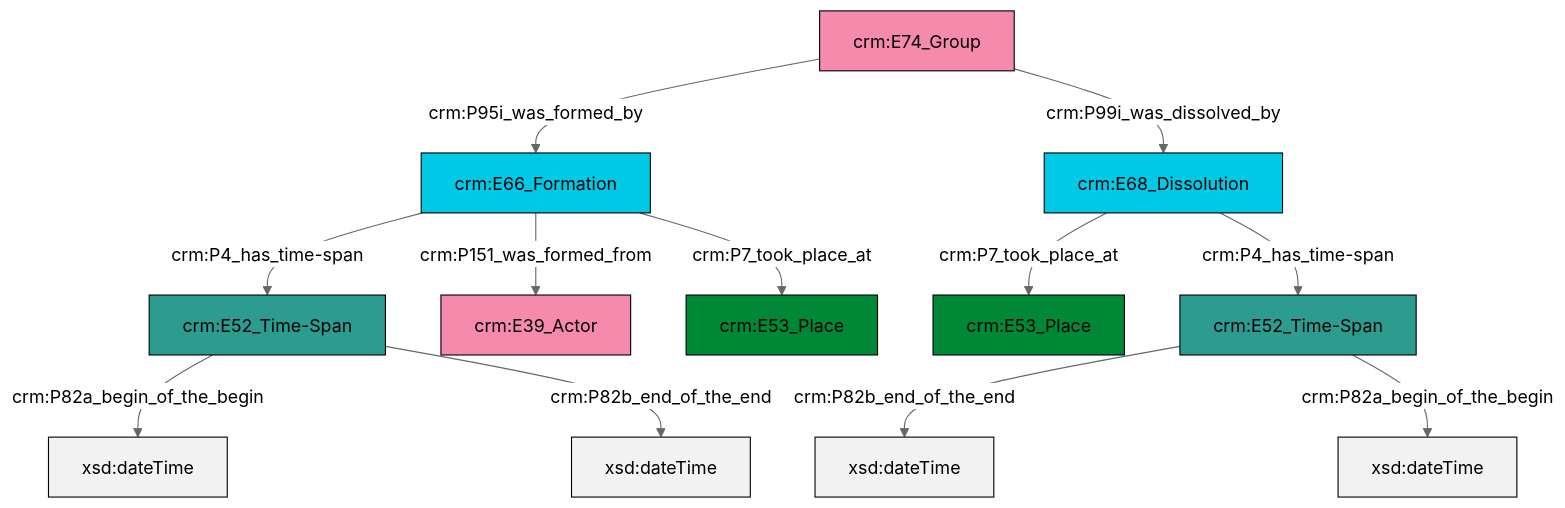
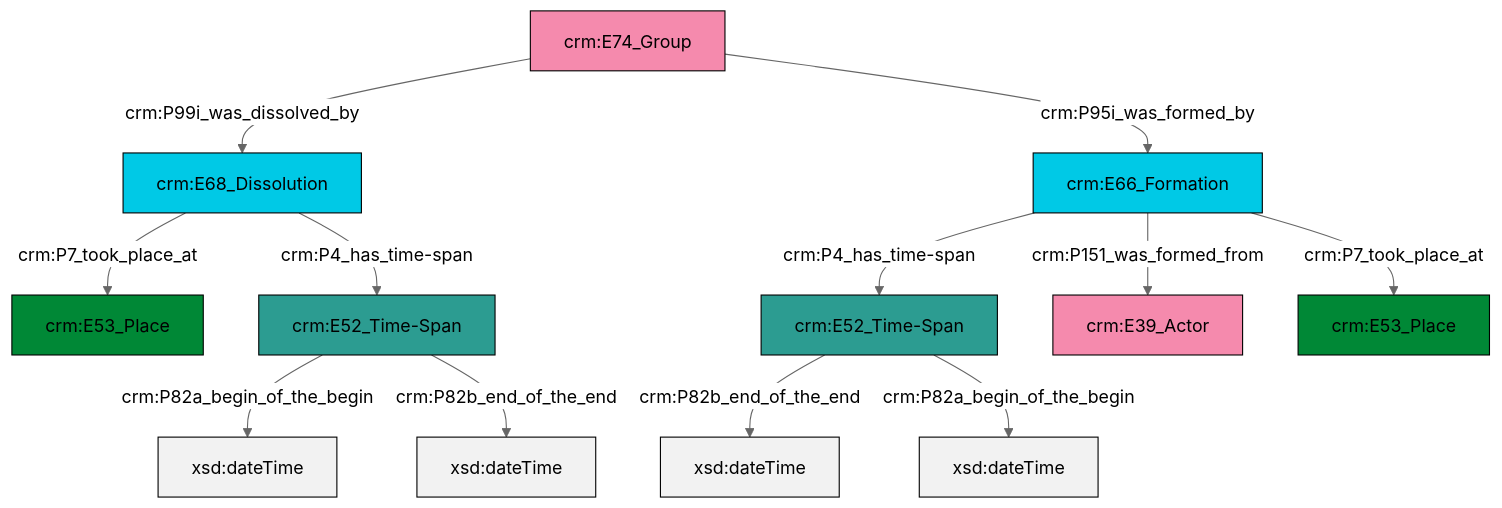
One commit to swiss-art-research-net/reference-data-models changed the diagram in et/groupCSV/ttl/mmd/group_existence.ttl.mmd. Above: the diagram before and after it, drawn with Mermaid (neutral theme). The commit also changed 125 other files, not shown here.

```diff
--- a/et/groupCSV/ttl/mmd/group_existence.ttl.mmd
+++ b/et/groupCSV/ttl/mmd/group_existence.ttl.mmd
@@ -1,26 +1,26 @@
 graph TD
 classDef Literal fill:#f2f2f2,stroke:#000000;
 classDef CRM_Entity fill:#FFFFFF,stroke:#000000;
 classDef Temporal_Entity fill:#00C9E6, stroke:#000000;
 classDef Type fill:#E18312, stroke:#000000;
 classDef Time-Span fill:#2C9C91, stroke:#000000;
 classDef Appellation fill:#FFEB7F, stroke:#000000;
 classDef Place fill:#008836, stroke:#000000;
 classDef Persistent_Item fill:#B266B2, stroke:#000000;
 classDef Conceptual_Object fill:#FFD700, stroke:#000000;
 classDef Physical_Thing fill:#D2B48C, stroke:#000000;
 classDef Actor fill:#f58aad, stroke:#000000;
 classDef PC_Classes fill:#4ce600, stroke:#000000;
 classDef Multi fill:#cccccc,stroke:#000000;
 
-2["crm:E66_Formation"]:::Temporal_Entity -->|crm:P4_has_time-span| 4["crm:E52_Time-Span"]:::Time-Span
-4["crm:E52_Time-Span"]:::Time-Span -->|crm:P82a_begin_of_the_begin| 7[xsd:dateTime]:::Literal
-5["crm:E52_Time-Span"]:::Time-Span -->|crm:P82b_end_of_the_end| 8[xsd:dateTime]:::Literal
-11["crm:E74_Group"]:::Actor -->|crm:P95i_was_formed_by| 2["crm:E66_Formation"]:::Temporal_Entity
-4["crm:E52_Time-Span"]:::Time-Span -->|crm:P82b_end_of_the_end| 15[xsd:dateTime]:::Literal
-11["crm:E74_Group"]:::Actor -->|crm:P99i_was_dissolved_by| 12["crm:E68_Dissolution"]:::Temporal_Entity
-2["crm:E66_Formation"]:::Temporal_Entity -->|crm:P151_was_formed_from| 16["crm:E39_Actor"]:::Actor
-12["crm:E68_Dissolution"]:::Temporal_Entity -->|crm:P7_took_place_at| 0["crm:E53_Place"]:::Place
-2["crm:E66_Formation"]:::Temporal_Entity -->|crm:P7_took_place_at| 9["crm:E53_Place"]:::Place
-12["crm:E68_Dissolution"]:::Temporal_Entity -->|crm:P4_has_time-span| 5["crm:E52_Time-Span"]:::Time-Span
-5["crm:E52_Time-Span"]:::Time-Span -->|crm:P82a_begin_of_the_begin| 18[xsd:dateTime]:::Literal
+0["crm:E66_Formation"]:::Temporal_Entity -->|crm:P4_has_time-span| 1["crm:E52_Time-Span"]:::Time-Span
+0["crm:E66_Formation"]:::Temporal_Entity -->|crm:P151_was_formed_from| 2["crm:E39_Actor"]:::Actor
+5["crm:E74_Group"]:::Actor -->|crm:P99i_was_dissolved_by| 6["crm:E68_Dissolution"]:::Temporal_Entity
+7["crm:E52_Time-Span"]:::Time-Span -->|crm:P82a_begin_of_the_begin| 8[xsd:dateTime]:::Literal
+7["crm:E52_Time-Span"]:::Time-Span -->|crm:P82b_end_of_the_end| 10[xsd:dateTime]:::Literal
+1["crm:E52_Time-Span"]:::Time-Span -->|crm:P82b_end_of_the_end| 11[xsd:dateTime]:::Literal
+6["crm:E68_Dissolution"]:::Temporal_Entity -->|crm:P7_took_place_at| 3["crm:E53_Place"]:::Place
+1["crm:E52_Time-Span"]:::Time-Span -->|crm:P82a_begin_of_the_begin| 12[xsd:dateTime]:::Literal
+5["crm:E74_Group"]:::Actor -->|crm:P95i_was_formed_by| 0["crm:E66_Formation"]:::Temporal_Entity
+6["crm:E68_Dissolution"]:::Temporal_Entity -->|crm:P4_has_time-span| 7["crm:E52_Time-Span"]:::Time-Span
+0["crm:E66_Formation"]:::Temporal_Entity -->|crm:P7_took_place_at| 13["crm:E53_Place"]:::Place
```
